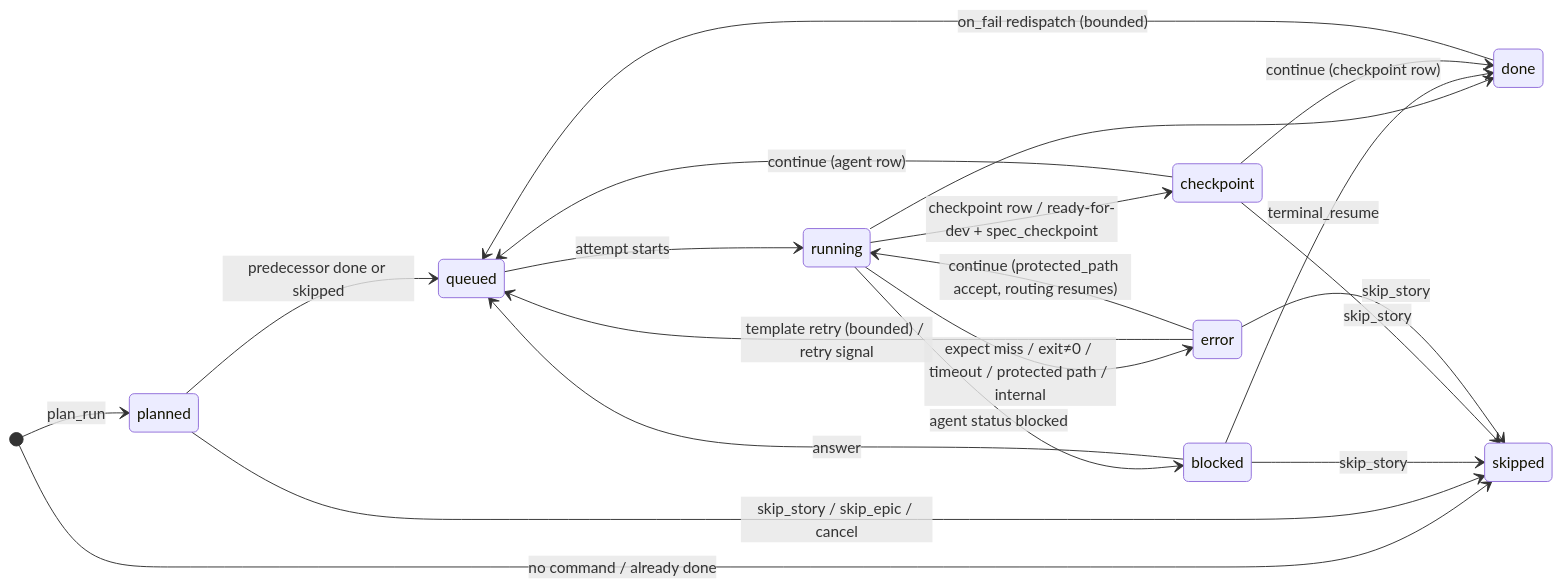
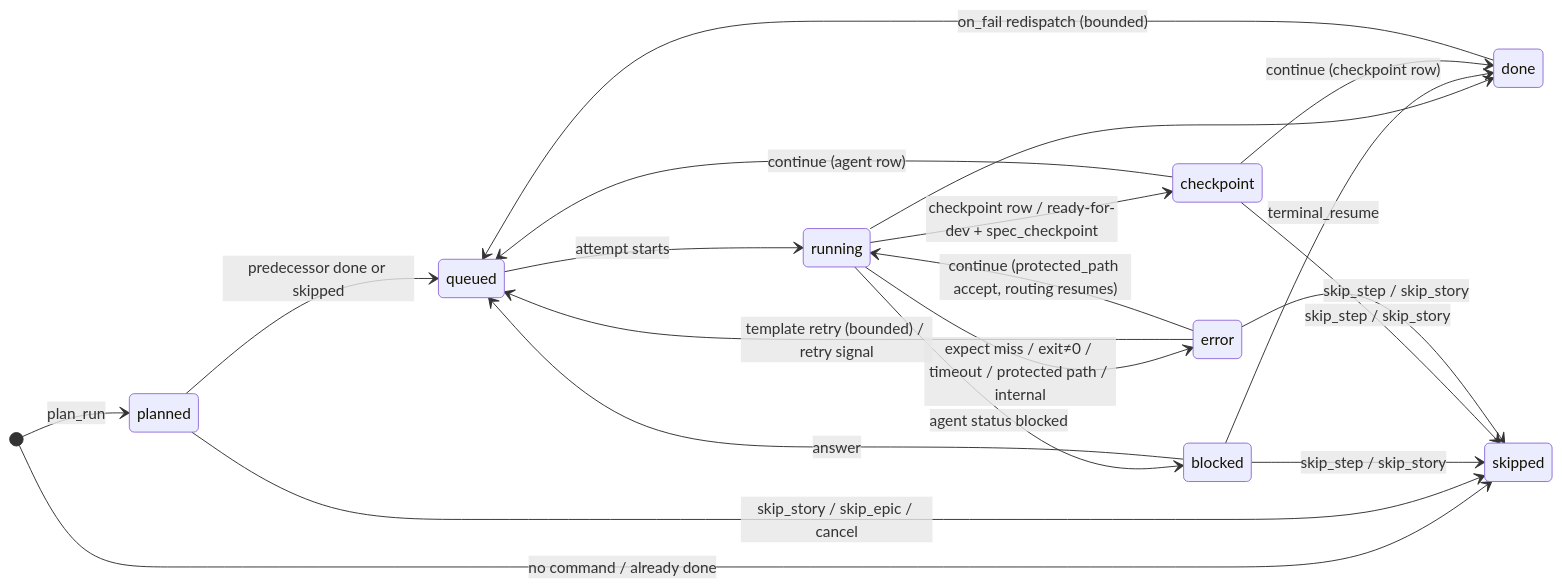
Before and after one commit to rebecamurillo/ai-orchestrator: the third of 6 diagrams in _bmad-output/architecture/ARCHITECTURE-SPINE.md, drawn with Mermaid. The commit also changed other lines of this file and 4 other files, not shown here.

````diff
--- a/_bmad-output/architecture/ARCHITECTURE-SPINE.md
+++ b/_bmad-output/architecture/ARCHITECTURE-SPINE.md
@@ -127,23 +127,23 @@
 ```mermaid
 stateDiagram-v2
   direction LR
   [*] --> planned: plan_run
   [*] --> skipped: no command / already done
   planned --> queued: predecessor done or skipped
   planned --> skipped: skip_story / skip_epic / cancel
   queued --> running: attempt starts
   running --> done
   running --> blocked: agent status blocked
   running --> checkpoint: checkpoint row / ready-for-dev + spec_checkpoint
   running --> error: expect miss / exit≠0 / timeout / protected path / internal
   error --> queued: template retry (bounded) / retry signal
   error --> running: continue (protected_path accept, routing resumes)
   done --> queued: on_fail redispatch (bounded)
   blocked --> queued: answer
   blocked --> done: terminal_resume
   checkpoint --> queued: continue (agent row)
   checkpoint --> done: continue (checkpoint row)
-  blocked --> skipped: skip_story
-  checkpoint --> skipped: skip_story
-  error --> skipped: skip_story
+  blocked --> skipped: skip_step / skip_story
+  checkpoint --> skipped: skip_step / skip_story
+  error --> skipped: skip_step / skip_story
 ```
````
